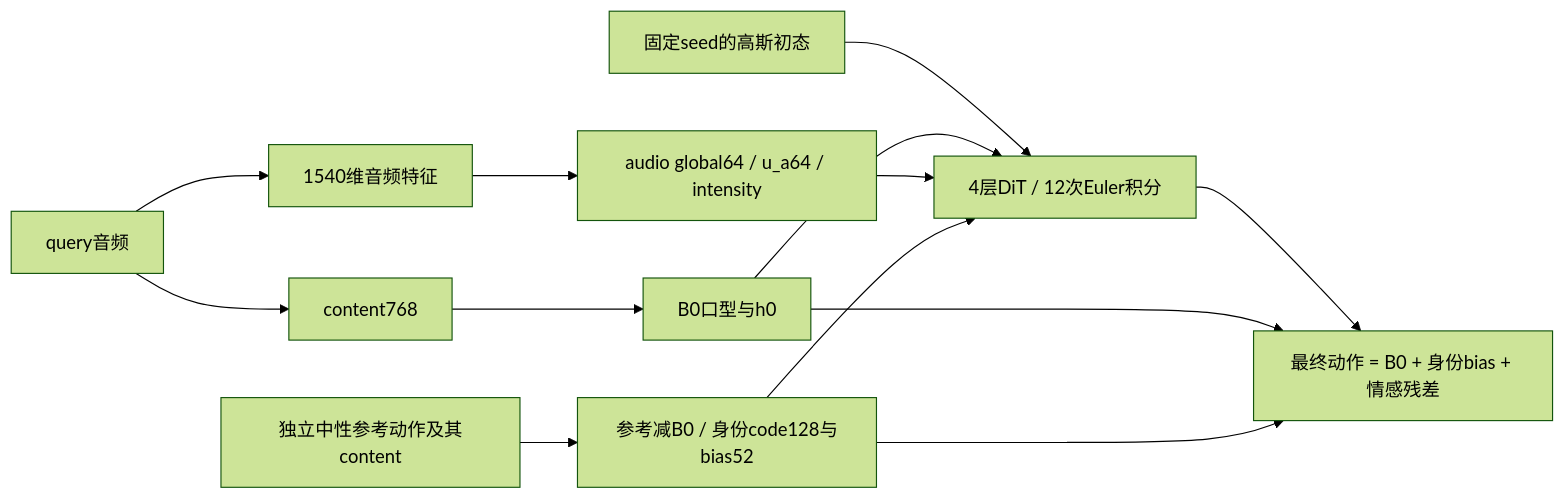
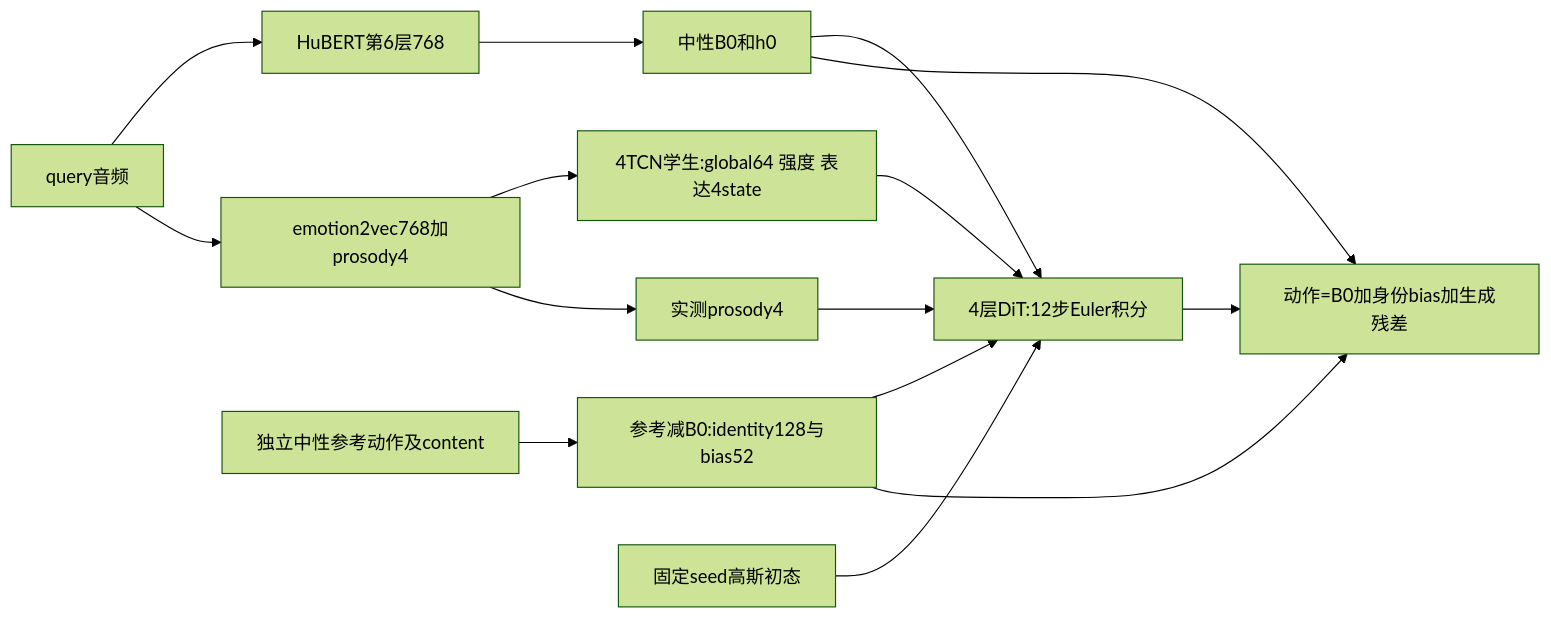
The diagram in docs/CURRENT_MODEL_AND_TRAINING.md (NULL1770/Kinetalk_1), drawn with Mermaid (forest theme) before and after one commit. The commit also changed other lines of this file and 44 other files, not shown here.

````diff
--- a/docs/CURRENT_MODEL_AND_TRAINING.md
+++ b/docs/CURRENT_MODEL_AND_TRAINING.md
@@ -111,15 +53,17 @@
 ```mermaid
 flowchart LR
- A[query音频] --> C[content768]
- C --> B[B0口型与h0]
- A --> F[1540维音频特征]
- F --> E[audio global64 / u_a64 / intensity]
- R[独立中性参考动作及其content] --> I[参考减B0 / 身份code128与bias52]
- N[固定seed的高斯初态] --> D[4层DiT / 12次Euler积分]
+ A[query音频] --> H[HuBERT第6层768]
+ H --> B[中性B0和h0]
+ A --> E[emotion2vec768加prosody4]
+ E --> S[4TCN学生:global64 强度 表达4state]
+ E --> P[实测prosody4]
+ R[独立中性参考动作及content] --> I[参考减B0:identity128与bias52]
+ N[固定seed高斯初态] --> D[4层DiT:12步Euler积分]
  B --> D
- E --> D
+ S --> D
+ P --> D
  I --> D
- D --> O[最终动作 = B0 + 身份bias + 情感残差]
+ D --> O[动作=B0加身份bias加生成残差]
  B --> O
  I --> O
 ```
````
